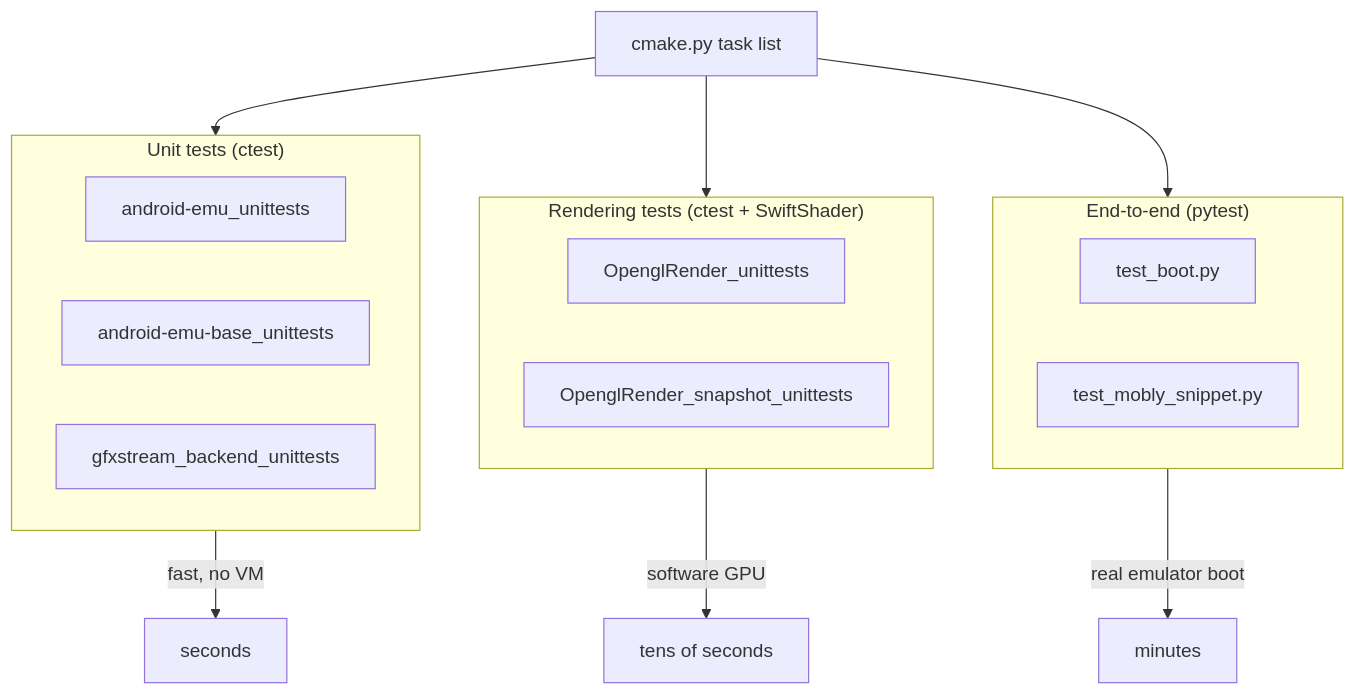
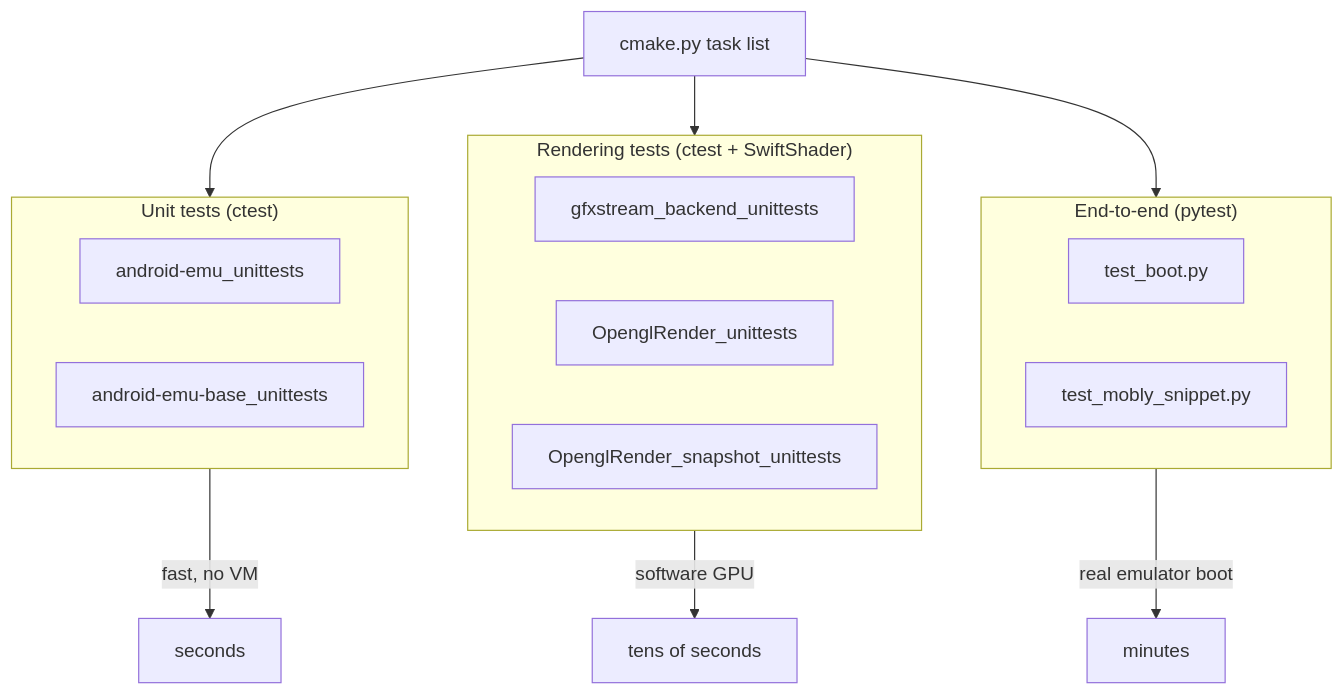
The first of 8 diagrams in 27-testing.md (aospbooks/android-emulator-internal-book), drawn with Mermaid before and after one commit. The commit also changed other lines of this file and 31 other files, not shown here.

````diff
--- a/27-testing.md
+++ b/27-testing.md
@@ -25,23 +25,23 @@
 ```mermaid
 flowchart TB
   subgraph UNIT["Unit tests (ctest)"]
     U1["android-emu_unittests"]
     U2["android-emu-base_unittests"]
-    U3["gfxstream_backend_unittests"]
   end
   subgraph RENDER["Rendering tests (ctest + SwiftShader)"]
+    R0["gfxstream_backend_unittests"]
     R1["OpenglRender_unittests"]
     R2["OpenglRender_snapshot_unittests"]
   end
   subgraph E2E["End-to-end (pytest)"]
     E1["test_boot.py"]
     E2["test_mobly_snippet.py"]
   end
   ORCH["cmake.py task list"]
   ORCH --> UNIT
   ORCH --> RENDER
   ORCH --> E2E
   UNIT -->|"fast, no VM"| FAST["seconds"]
   RENDER -->|"software GPU"| MED["tens of seconds"]
   E2E -->|"real emulator boot"| SLOW["minutes"]
 ```
````
